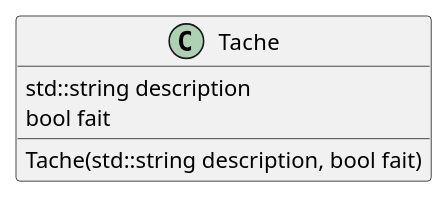
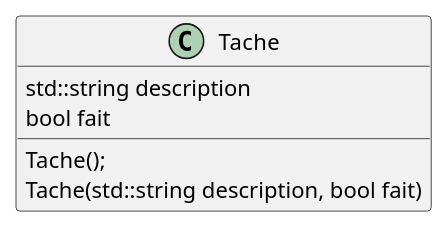
One commit to plbrault/420-SF2-RE changed the second of 6 diagrams in laboratoires/lab02-oop1/consignes/lab02.md. Above: the diagram before and after it, drawn with PlantUML. The commit also changed other lines of this file and 4 other files, not shown here.

````diff
--- a/laboratoires/lab02-oop1/consignes/lab02.md
+++ b/laboratoires/lab02-oop1/consignes/lab02.md
@@ -221,10 +226,11 @@
 ```plantuml
 @startuml
 class Tache {
     std::string description
     bool fait
 
+    Tache();
     Tache(std::string description, bool fait)
 }
 @enduml
 ```
````
